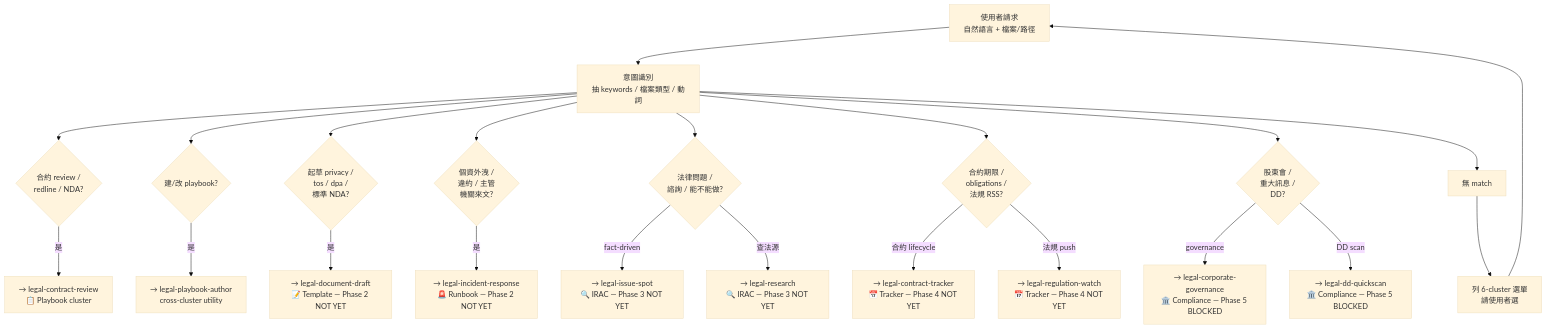
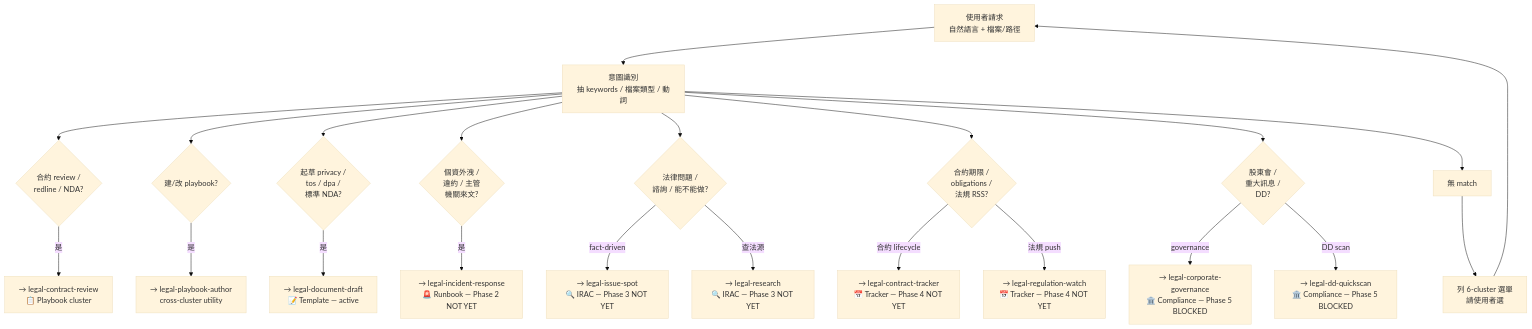
One commit to kouko/monkey-skills changed the diagram in legal-toolkit/skills/using-legal-toolkit/SKILL.md. Above: the diagram before and after it, drawn with Mermaid (base theme). The commit also changed other lines of this file, not shown here.

First line of the commit message:
feat(legal-toolkit): activate Q2 router dispatch for draft (SP3a Task 10)

````diff
--- a/legal-toolkit/skills/using-legal-toolkit/SKILL.md
+++ b/legal-toolkit/skills/using-legal-toolkit/SKILL.md
@@ -38,34 +38,34 @@
 ```mermaid
 flowchart TD
     INPUT[使用者請求<br/>自然語言 + 檔案/路徑]
     PARSE[意圖識別<br/>抽 keywords / 檔案類型 / 動詞]
     INPUT --> PARSE
 
     PARSE --> Q1{合約 review /<br/>redline / NDA?}
     Q1 -->|是| CR[→ legal-contract-review<br/>📋 Playbook cluster]
 
     PARSE --> Q7{建/改 playbook?}
     Q7 -->|是| PA[→ legal-playbook-author<br/>cross-cluster utility]
 
     PARSE --> Q2{起草 privacy /<br/>tos / dpa /<br/>標準 NDA?}
-    Q2 -->|是| DD[→ legal-document-draft<br/>📝 Template — Phase 2 NOT YET]
+    Q2 -->|是| DD[→ legal-document-draft<br/>📝 Template — active]
 
     PARSE --> Q3{個資外洩 /<br/>違約 / 主管<br/>機關來文?}
     Q3 -->|是| IR[→ legal-incident-response<br/>🚨 Runbook — Phase 2 NOT YET]
 
     PARSE --> Q4{法律問題 /<br/>諮詢 / 能不能做?}
     Q4 -->|fact-driven| IS[→ legal-issue-spot<br/>🔍 IRAC — Phase 3 NOT YET]
     Q4 -->|查法源| RS[→ legal-research<br/>🔍 IRAC — Phase 3 NOT YET]
 
     PARSE --> Q5{合約期限 /<br/>obligations /<br/>法規 RSS?}
     Q5 -->|合約 lifecycle| CT[→ legal-contract-tracker<br/>📅 Tracker — Phase 4 NOT YET]
     Q5 -->|法規 push| RW[→ legal-regulation-watch<br/>📅 Tracker — Phase 4 NOT YET]
 
     PARSE --> Q6{股東會 /<br/>重大訊息 /<br/>DD?}
     Q6 -->|governance| CG[→ legal-corporate-governance<br/>🏛️ Compliance — Phase 5 BLOCKED]
     Q6 -->|DD scan| DDS[→ legal-dd-quickscan<br/>🏛️ Compliance — Phase 5 BLOCKED]
 
     PARSE --> NOMATCH[無 match]
     NOMATCH --> CLARIFY[列 6-cluster 選單<br/>請使用者選]
     CLARIFY --> INPUT
 ```
````
